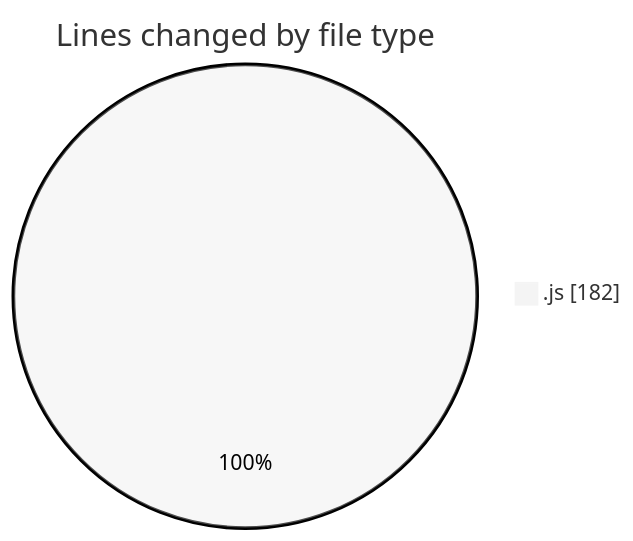
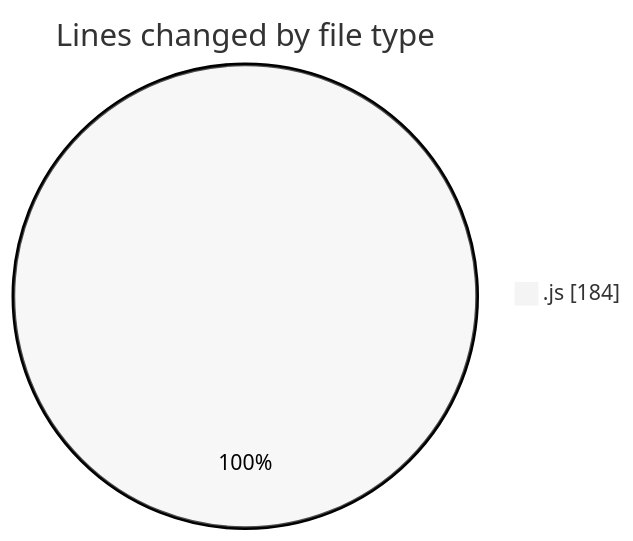
One commit to momahboobian/code-tracking changed the first of 2 diagrams in 2025-08-12/cda/README.md. Above: the diagram before and after it, drawn with Mermaid (neutral theme). The commit also changed other lines of this file and 1 other file, not shown here.

````diff
--- a/2025-08-12/cda/README.md
+++ b/2025-08-12/cda/README.md
@@ -24,5 +24,5 @@
 ```mermaid
 pie showData
 title Lines changed by file type
-".js" : 182
+".js" : 184
 ```
````
